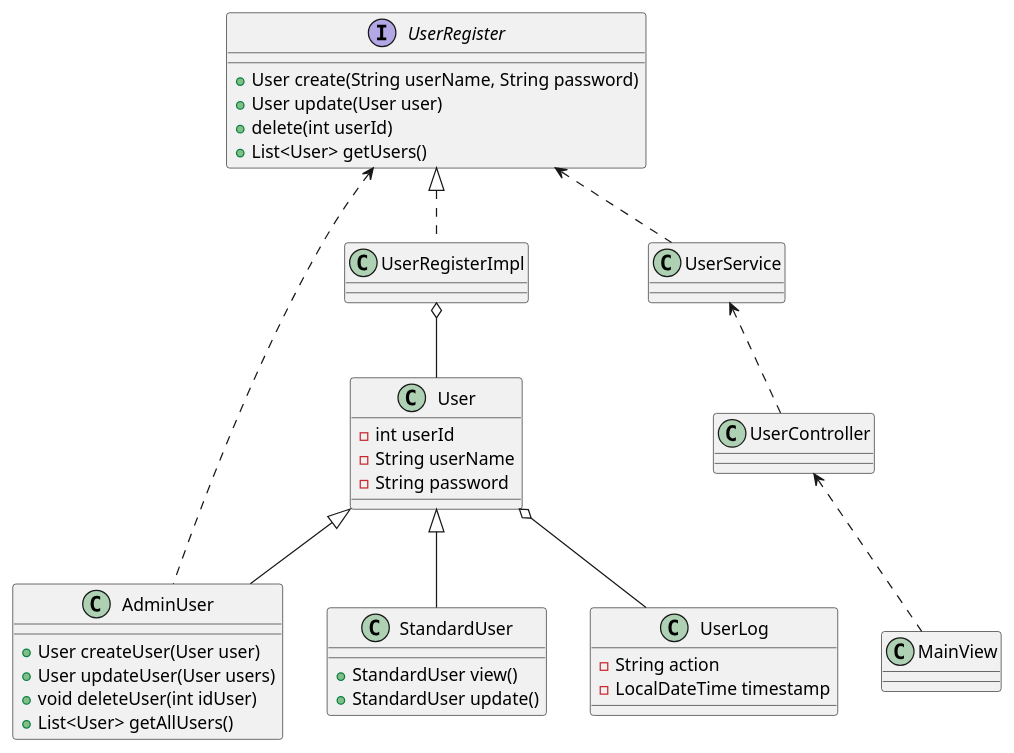
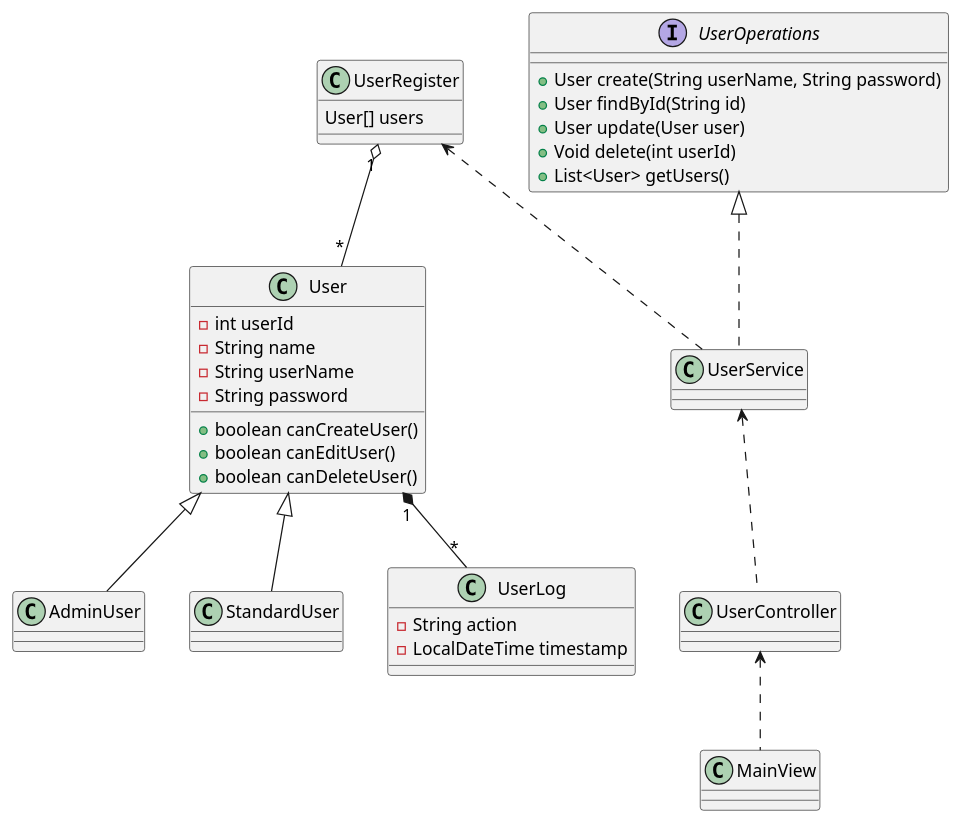
The diagram in src/uml/diagram.plantuml (olarte91/sistema-gestion-clientes), drawn with PlantUML before and after one commit. The commit also changed 5 other files, not shown here.

Commit message:
Fix: Se modifica el diagrama uml para que el servicio implemente la interfaz de operaciones de usuario

```diff
--- a/src/uml/diagram.plantuml
+++ b/src/uml/diagram.plantuml
@@ -1,57 +1,56 @@
 @startuml Diagrama de clases
 
 class User{
     - int userId
+    - String name
     - String userName
     - String password
+    + boolean canCreateUser()
+    + boolean canEditUser()
+    + boolean canDeleteUser()
 }
 
-interface UserRegister{
+interface UserOperations{
     +User create(String userName, String password)
+    +User findById(String id)
     +User update(User user)
-    +delete(int userId)
+    +Void delete(int userId)
     +List<User> getUsers()
 }
 
 class AdminUser{
-    +User createUser(User user)
-    +User updateUser(User users)
-    +void deleteUser(int idUser)
-    +List<User> getAllUsers()
+    
 }
 
 class StandardUser{
-    +StandardUser view()
-    +StandardUser update()
 }
 
 class UserController{
 
 }
 
-class UserRegisterImpl{
-
+class UserRegister{
+    User[] users
 }
 
 class MainView{
 
 }
 
 class UserLog{
     -String action
     -LocalDateTime timestamp
 }
 
 
 
 User <|-- AdminUser
 User <|-- StandardUser
 UserService <.. UserController
-UserRegister <|.. UserRegisterImpl
-UserRegisterImpl o-- User
 UserController <.. MainView
 UserRegister <.. UserService
-UserRegister <.. AdminUser
-User o-- UserLog  
+User "1" *-- "*" UserLog  
+UserOperations <|.. UserService
+UserRegister "1" o-- "*" User
 
 @enduml
```
